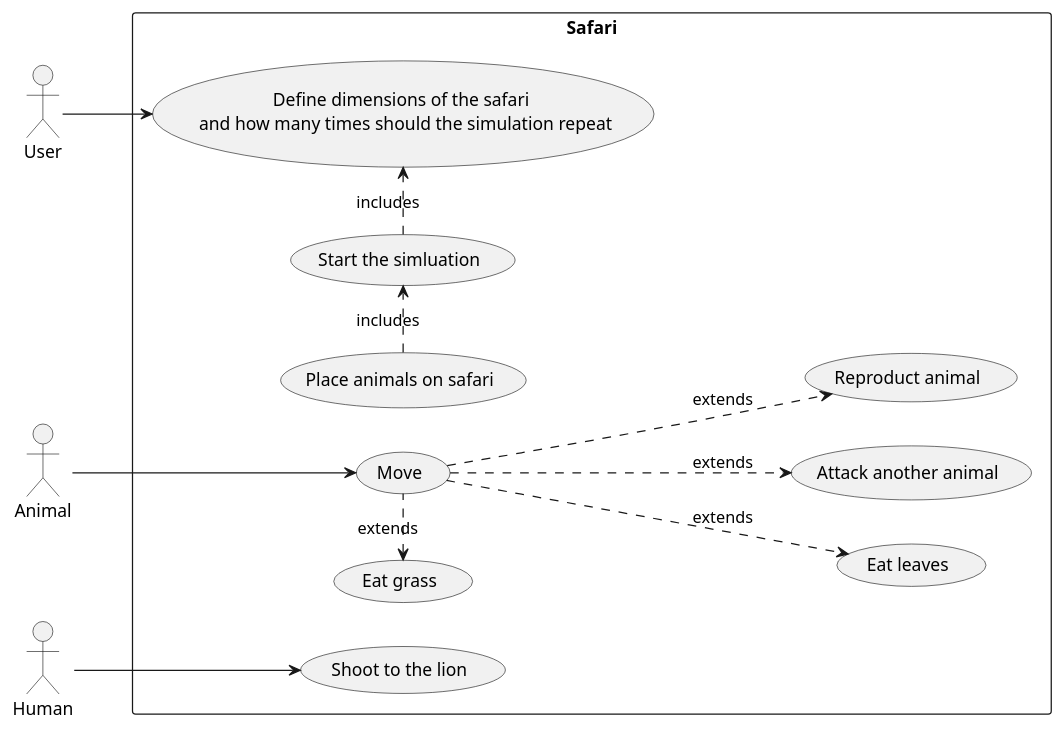
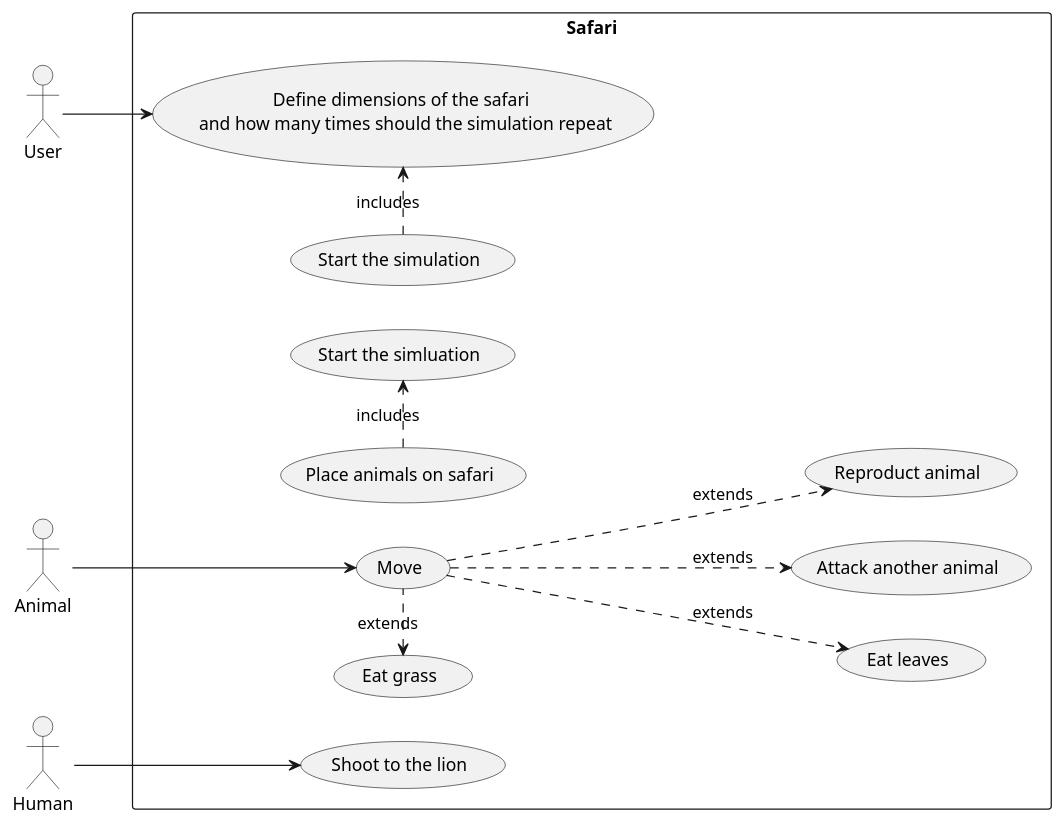
The diagram in src/main/java/safari/animals/useCaseDiagram.puml (Karolina606/Safari), drawn with PlantUML before and after one commit.

Commit message:
add changes to useCaseDiagram.puml

```diff
--- a/src/main/java/safari/animals/useCaseDiagram.puml
+++ b/src/main/java/safari/animals/useCaseDiagram.puml
@@ -1,25 +1,25 @@
 @startuml
 left to right direction
 skinparam packageStyle rect
 
 :User: as user
 :Animal: as animal
 :Human: as human
 
 rectangle "Safari"{
     user --> (Define dimensions of the safari \n and how many times should the simulation repeat)
 
-    (Define dimensions of the safari \n and how many times should the simulation repeat) <.left. (Start the simluation): includes
+    (Define dimensions of the safari \n and how many times should the simulation repeat) <.left. (Start the simulation): includes
     (Start the simluation) <.left. (Place animals on safari): includes
 
 
     animal --> (Move)
     (Move) .left.> (Eat grass): extends
     (Move) .down.> (Eat leaves): extends
     (Move) ..> (Attack another animal): extends
     (Move) ..> (Reproduct animal): extends
 
     human --> (Shoot to the lion)
 
 }
 @enduml
```
